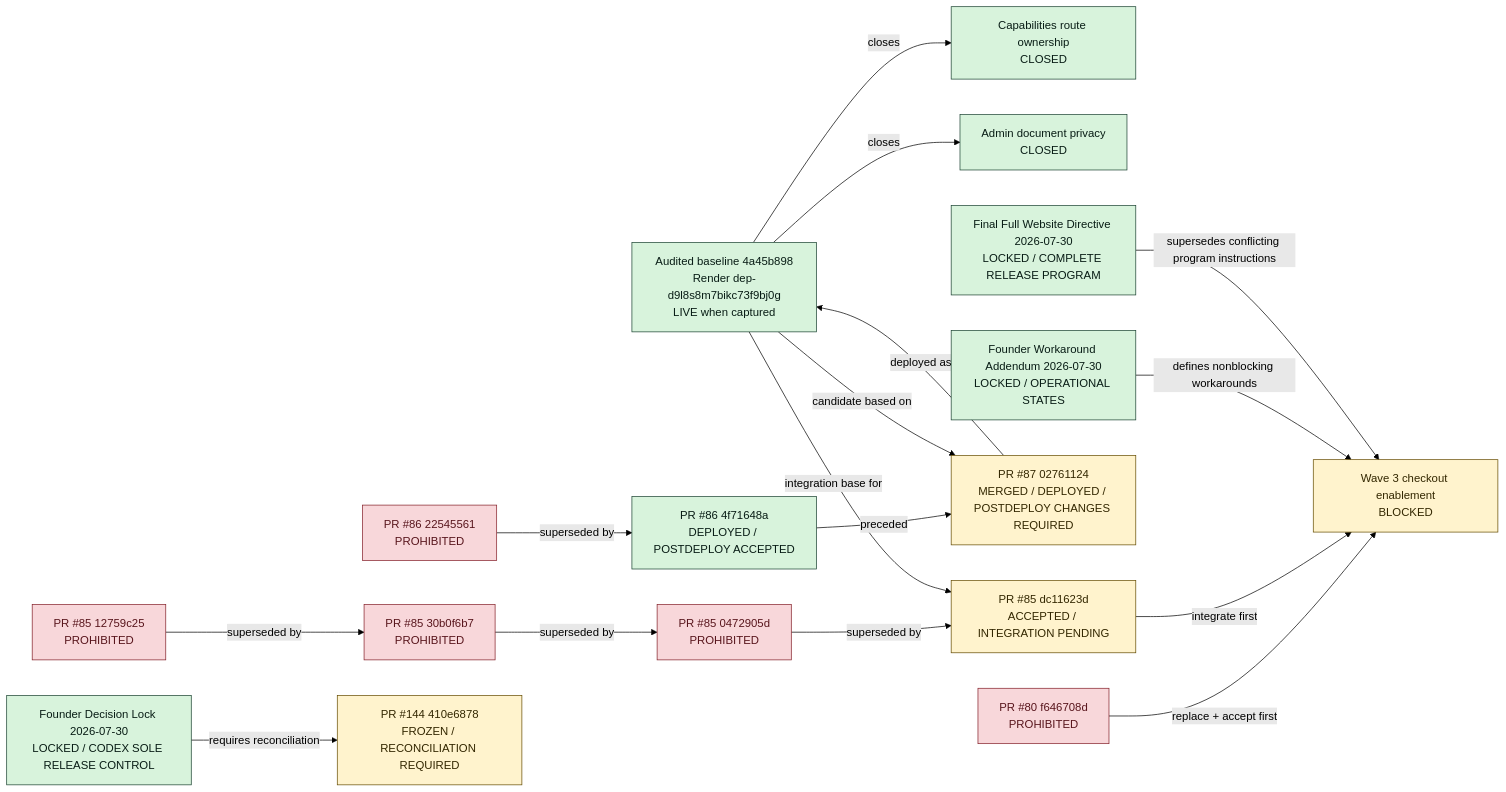
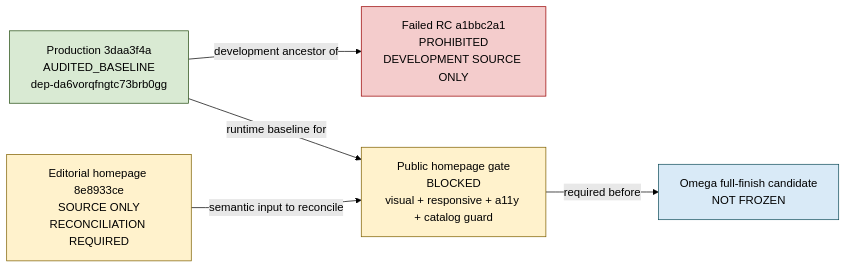
Before and after one commit to teamxenios/xenios-website: the diagram in docs/coordination/ACTIVE_RELEASE_GRAPH.mmd, drawn with Mermaid (forest theme). The commit also changed 10 other files, not shown here.

Commit message:
chore(release): reconcile production identity and scan gates

```diff
--- a/docs/coordination/ACTIVE_RELEASE_GRAPH.mmd
+++ b/docs/coordination/ACTIVE_RELEASE_GRAPH.mmd
@@ -1,42 +1,20 @@
 flowchart LR
-  PROD["Audited baseline 4a45b898<br/>Render dep-d9l8s8m7bikc73f9bj0g<br/>LIVE when captured"]
-  CAP["Capabilities route ownership<br/>CLOSED"]
-  PRIV["Admin document privacy<br/>CLOSED"]
-  PR80["PR #80 f646708d<br/>PROHIBITED"]
-  PR85OLD["PR #85 12759c25<br/>PROHIBITED"]
-  PR85MID["PR #85 30b0f6b7<br/>PROHIBITED"]
-  PR85LAST["PR #85 0472905d<br/>PROHIBITED"]
-  PR85["PR #85 dc11623d<br/>ACCEPTED / INTEGRATION PENDING"]
-  PR86OLD["PR #86 22545561<br/>PROHIBITED"]
-  PR86["PR #86 4f71648a<br/>DEPLOYED / POSTDEPLOY ACCEPTED"]
-  PR87["PR #87 02761124<br/>MERGED / DEPLOYED / POSTDEPLOY CHANGES REQUIRED"]
-  PR144["PR #144 410e6878<br/>FROZEN / RECONCILIATION REQUIRED"]
-  FOUNDER["Founder Decision Lock 2026-07-30<br/>LOCKED / CODEX SOLE RELEASE CONTROL"]
-  WORKAROUND["Founder Workaround Addendum 2026-07-30<br/>LOCKED / OPERATIONAL STATES"]
-  FINAL["Final Full Website Directive 2026-07-30<br/>LOCKED / COMPLETE RELEASE PROGRAM"]
-  CHECKOUT["Wave 3 checkout enablement<br/>BLOCKED"]
+  PROD["Production 3daa3f4a<br/>AUDITED_BASELINE<br/>dep-da6vorqfngtc73brb0gg"]
+  FAILED["Failed RC a1bbc2a1<br/>PROHIBITED<br/>DEVELOPMENT SOURCE ONLY"]
+  EDITORIAL["Editorial homepage 8e8933ce<br/>SOURCE ONLY<br/>RECONCILIATION REQUIRED"]
+  HOME["Public homepage gate<br/>BLOCKED<br/>visual + responsive + a11y + catalog guard"]
+  RC["Omega full-finish candidate<br/>NOT FROZEN"]
 
-  PR86 -->|preceded| PR87
-  PR87 -->|deployed as| PROD
-  PROD -->|closes| CAP
-  PROD -->|closes| PRIV
-  PR86OLD -->|superseded by| PR86
-  PR85OLD -->|superseded by| PR85MID
-  PR85MID -->|superseded by| PR85LAST
-  PR85LAST -->|superseded by| PR85
-  PROD -->|integration base for| PR85
-  PROD -->|candidate based on| PR87
-  PR80 -->|replace + accept first| CHECKOUT
-  PR85 -->|integrate first| CHECKOUT
-  FOUNDER -->|requires reconciliation| PR144
-  WORKAROUND -->|defines nonblocking workarounds| CHECKOUT
-  FINAL -->|supersedes conflicting program instructions| CHECKOUT
+  PROD -->|development ancestor of| FAILED
+  PROD -->|runtime baseline for| HOME
+  EDITORIAL -->|semantic input to reconcile| HOME
+  HOME -->|required before| RC
 
-  classDef live fill:#d8f3dc,stroke:#1b4332,color:#081c15
-  classDef closed fill:#d8f3dc,stroke:#1b4332,color:#081c15
-  classDef prohibited fill:#f8d7da,stroke:#842029,color:#58151c
-  classDef pending fill:#fff3cd,stroke:#664d03,color:#332701
-  class PROD,PR86,FOUNDER,WORKAROUND,FINAL live
-  class CAP,PRIV closed
-  class PR80,PR85OLD,PR85MID,PR85LAST,PR86OLD prohibited
-  class PR85,PR87,PR144,CHECKOUT pending
+  classDef baseline fill:#d9ead3,stroke:#274e13,color:#000;
+  classDef prohibited fill:#f4cccc,stroke:#990000,color:#000;
+  classDef gate fill:#fff2cc,stroke:#7f6000,color:#000;
+  classDef candidate fill:#d9eaf7,stroke:#134f5c,color:#000;
+  class PROD baseline;
+  class FAILED prohibited;
+  class EDITORIAL,HOME gate;
+  class RC candidate;
```
